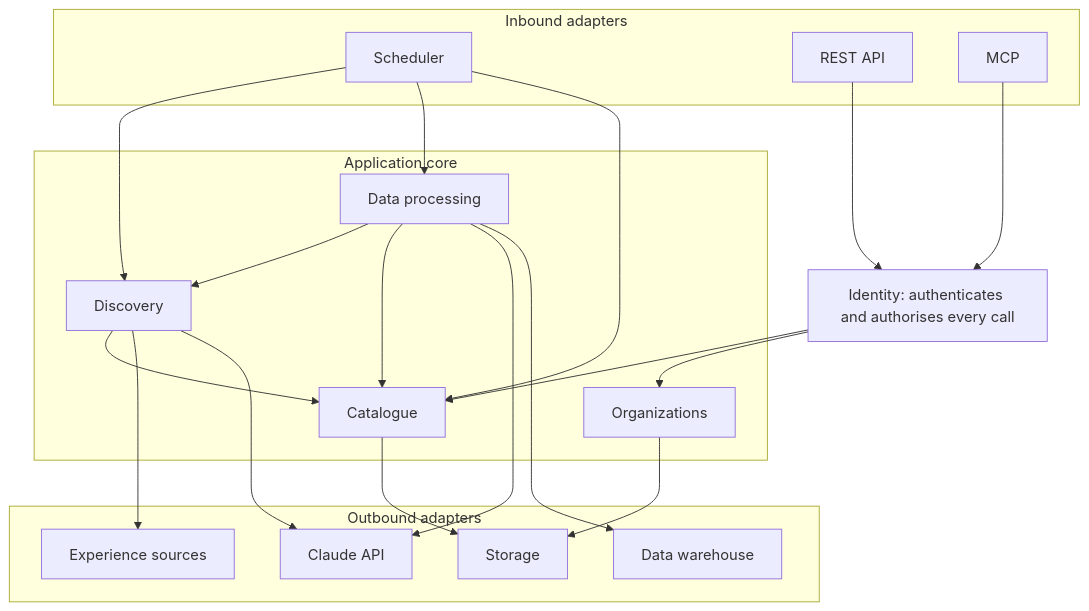
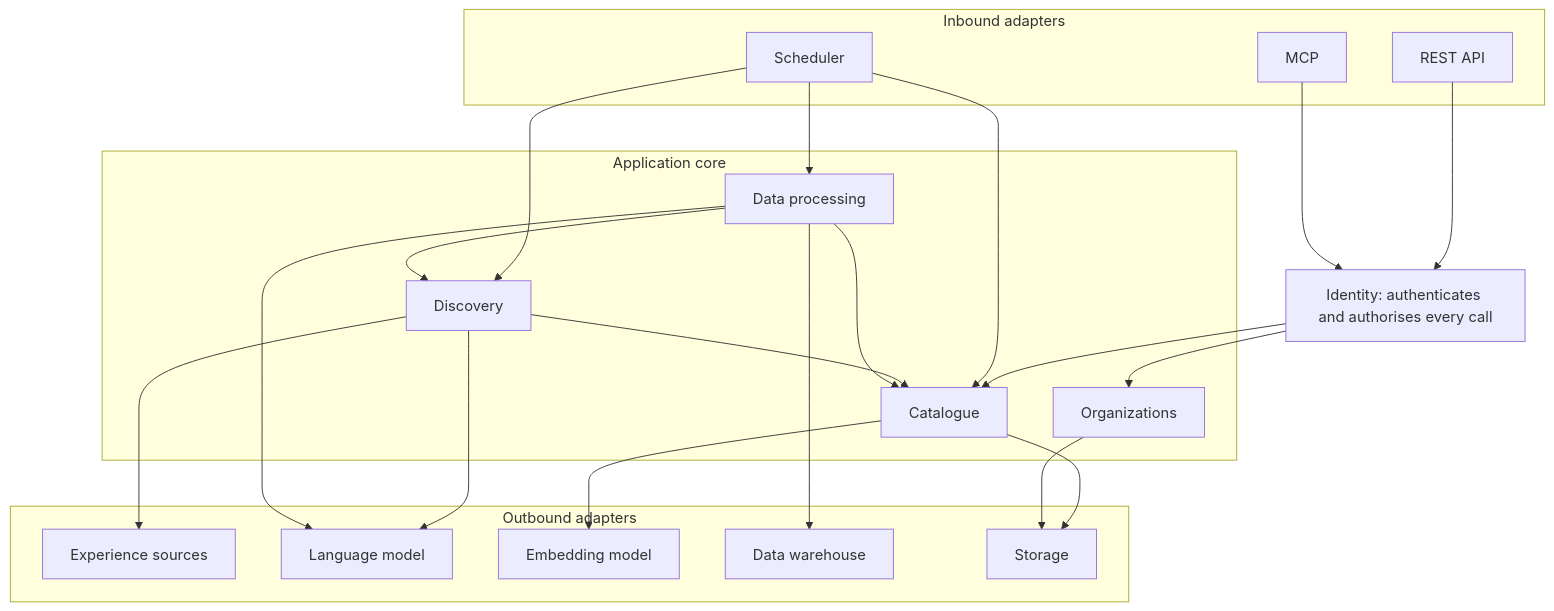
Before and after one commit to mdwt/magic-events: the diagram in docs/architecture.md, drawn with Mermaid. The commit also changed other lines of this file and 2 other files, not shown here.

First line of the commit message:
Docs: model providers behind ports, Titan on Bedrock for embeddings

````diff
--- a/docs/architecture.md
+++ b/docs/architecture.md
@@ -83,37 +83,39 @@
 ```mermaid
 flowchart TB
   subgraph Inbound adapters
     SCH[Scheduler]
     REST[REST API]
     MCP[MCP]
   end
   ID[Identity: authenticates and authorises every call]
   subgraph Application core
     DIS[Discovery]
     DP[Data processing]
     CAT[Catalogue]
     ORG[Organizations]
   end
   subgraph Outbound adapters
     SRC[Experience sources]
-    CL[Claude API]
+    LM[Language model]
+    EM[Embedding model]
     DW[Data warehouse]
     STO[Storage]
   end
   REST --> ID
   MCP --> ID
   ID --> CAT
   ID --> ORG
   SCH --> DIS
   SCH --> DP
   SCH --> CAT
   DIS --> CAT
   DP --> DIS
   DP --> CAT
   DIS --> SRC
-  DIS --> CL
-  DP --> CL
+  DIS --> LM
+  DP --> LM
+  CAT --> EM
   DP --> DW
   CAT --> STO
   ORG --> STO
 ```
````
